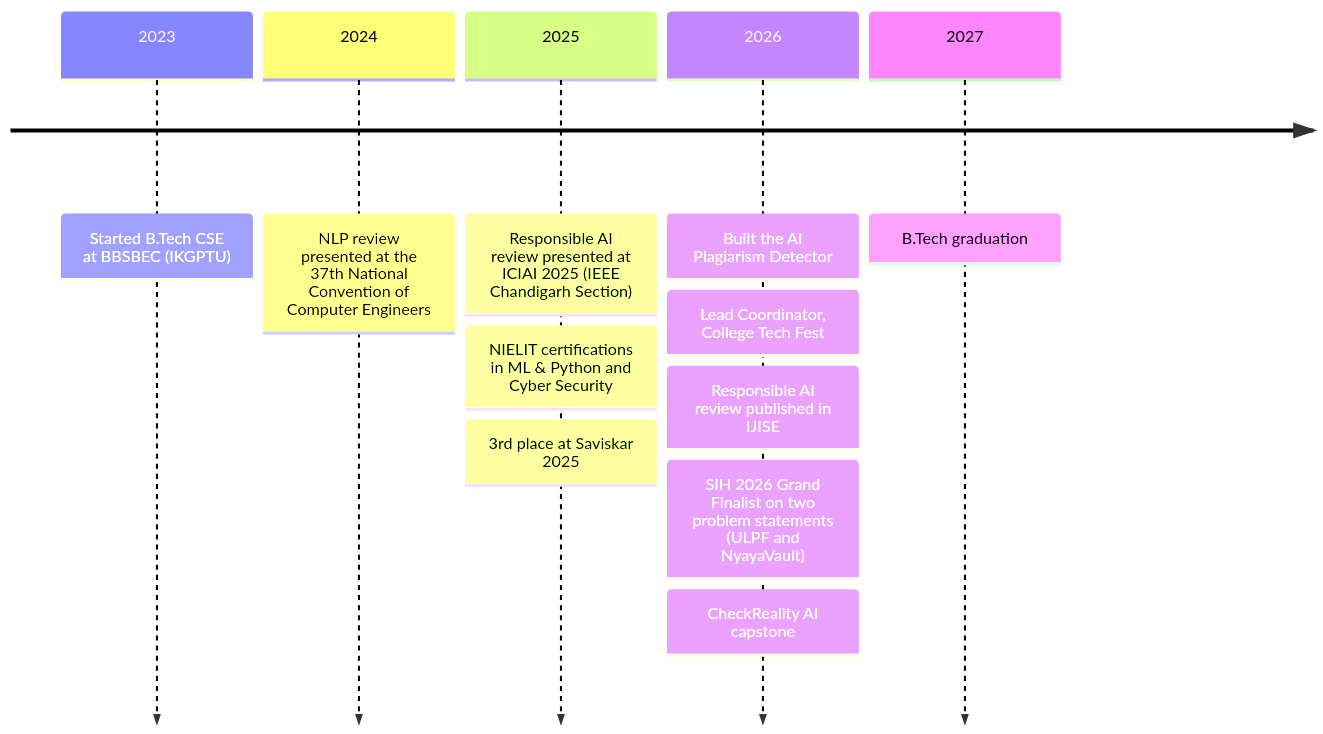
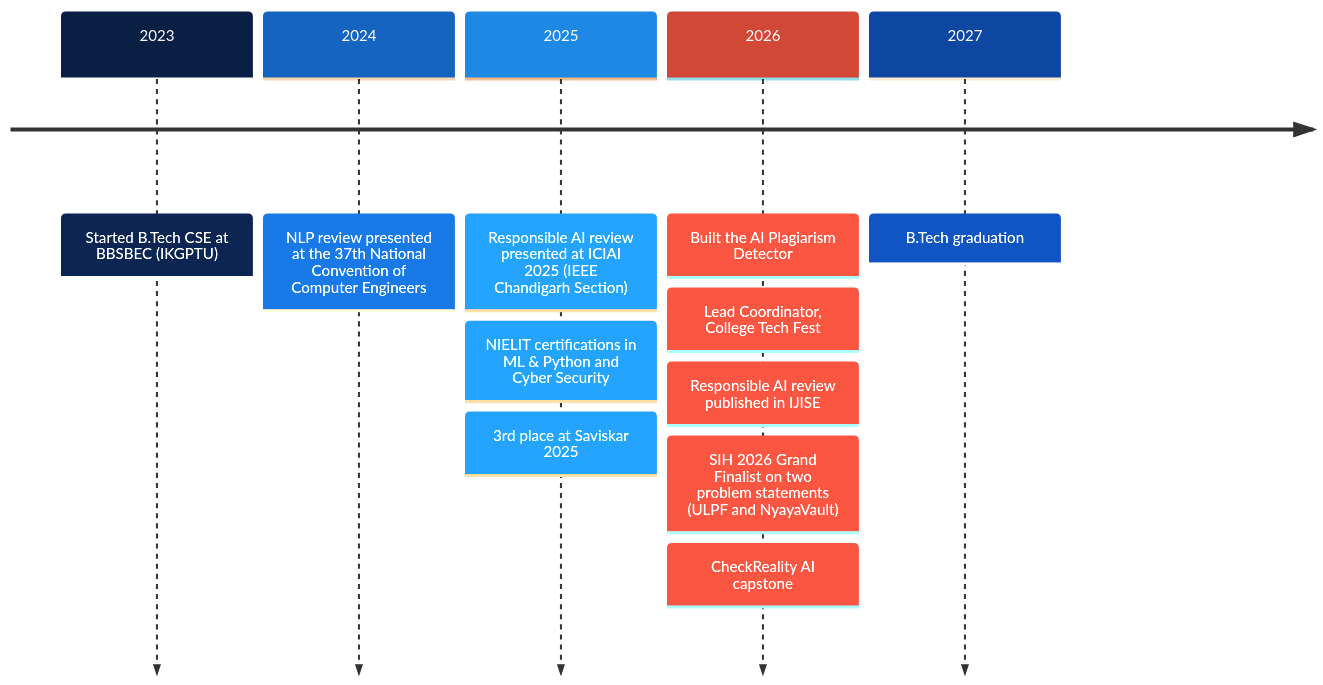
One commit to divyanshrajat/divyanshrajat changed the second of 2 diagrams in README.md. Above: the diagram before and after it, drawn with Mermaid. The commit also changed other lines of this file, not shown here.

Commit message:
Match chart colours to profile theme

````diff
--- a/README.md
+++ b/README.md
@@ -88,14 +88,15 @@
 ```mermaid
+%%{init: {"theme": "base", "themeVariables": {"fontSize": "15px", "lineColor": "#7d8590", "cScale0": "#0A1F44", "cScale1": "#1565C0", "cScale2": "#1E88E5", "cScale3": "#D14836", "cScale4": "#0D47A1", "cScaleLabel0": "#ffffff", "cScaleLabel1": "#ffffff", "cScaleLabel2": "#ffffff", "cScaleLabel3": "#ffffff", "cScaleLabel4": "#ffffff"}}}%%
 timeline
     2023 : Started B.Tech CSE at BBSBEC (IKGPTU)
     2024 : NLP review presented at the 37th National Convention of Computer Engineers
     2025 : Responsible AI review presented at ICIAI 2025 (IEEE Chandigarh Section)
          : NIELIT certifications in ML & Python and Cyber Security
          : 3rd place at Saviskar 2025
     2026 : Built the AI Plagiarism Detector
          : Lead Coordinator, College Tech Fest
          : Responsible AI review published in IJISE
          : SIH 2026 Grand Finalist on two problem statements (ULPF and NyayaVault)
          : CheckReality AI capstone
     2027 : B.Tech graduation
 ```
````
